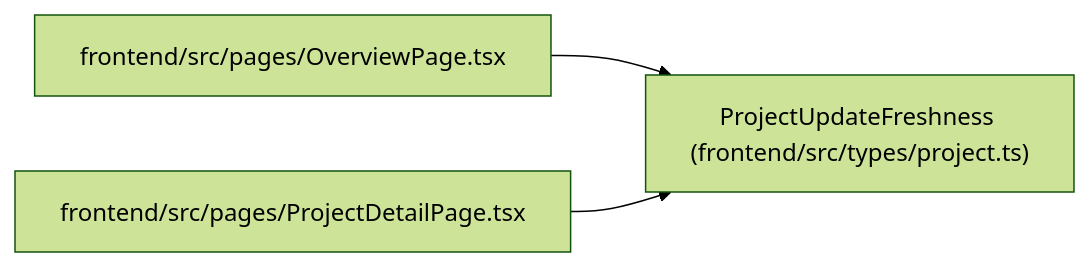
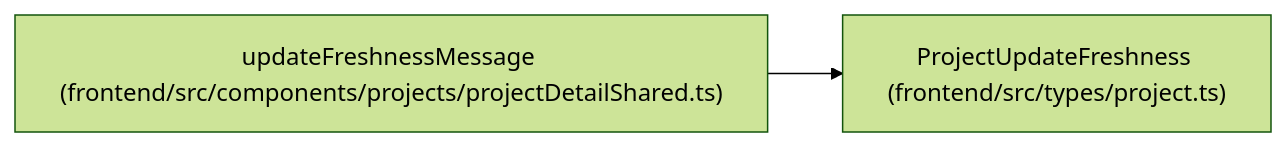
One commit to Denissvgn/WorkChord changed the diagram in docs/llm_wiki/entities/types_project_ProjectUpdateFreshness.md. Above: the diagram before and after it, drawn with Mermaid (forest theme). The commit also changed other lines of this file and 2373 other files, not shown here.

````diff
--- a/docs/llm_wiki/entities/types_project_ProjectUpdateFreshness.md
+++ b/docs/llm_wiki/entities/types_project_ProjectUpdateFreshness.md
@@ -28,11 +28,8 @@
 ```mermaid
 flowchart LR
     n0["ProjectUpdateFreshness (frontend/src/types/project.ts)"]
-    n1["frontend/src/pages/OverviewPage.tsx"]
-    n2["frontend/src/pages/ProjectDetailPage.tsx"]
+    n1["updateFreshnessMessage (frontend/src/components/projects/projectDetailShared.ts)"]
     n1 --> n0
-    n2 --> n0
     click n0 "../modules/types_project.md"
-    click n1 "../modules/OverviewPage.md"
-    click n2 "../modules/ProjectDetailPage.md"
+    click n1 "../modules/projectDetailShared.md"
 ```
````
